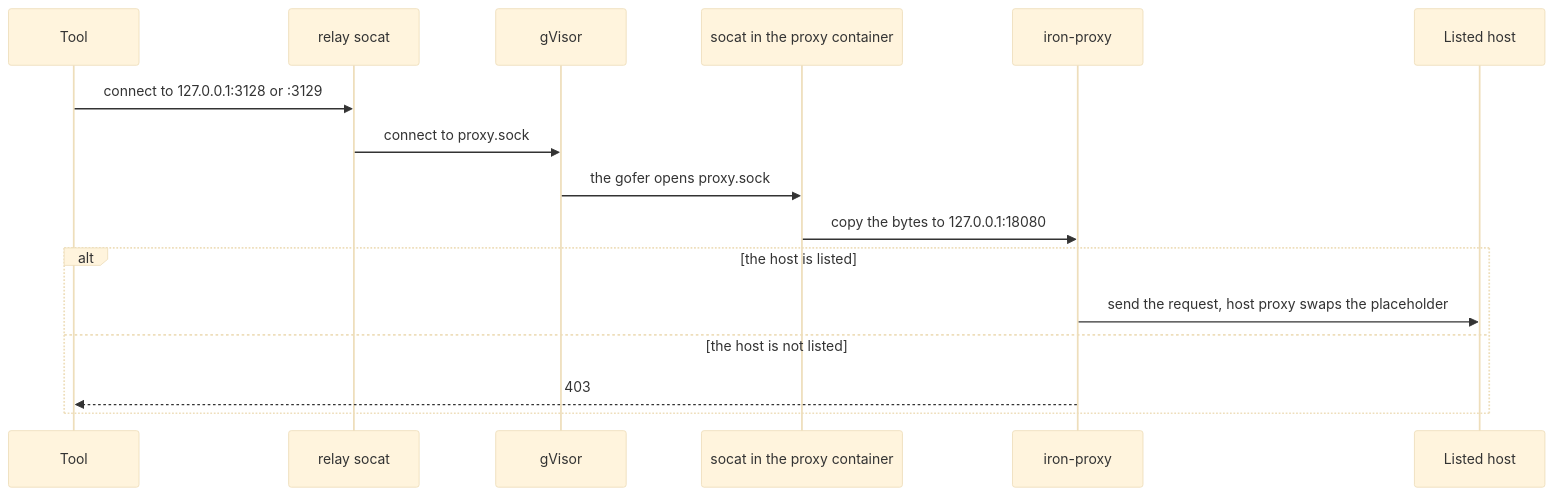
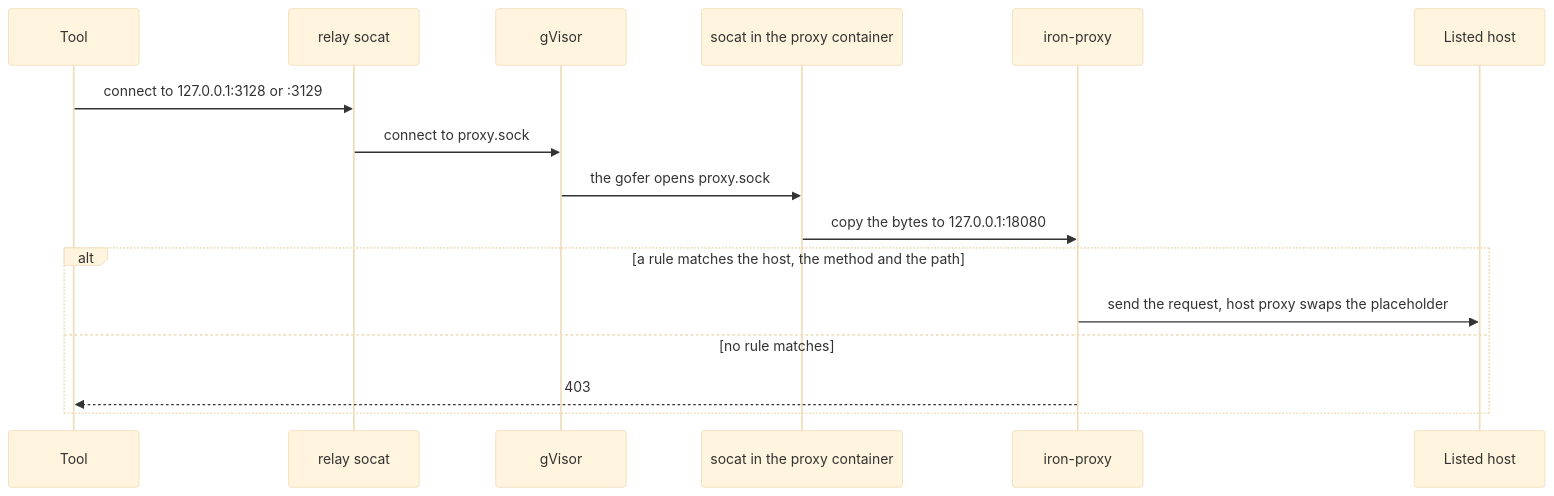
The fifth of 8 diagrams in .sandbox/docs/internals.md (raghav19/engineersdaybook), drawn with Mermaid (base theme) before and after one commit. The commit also changed other lines of this file and 11 other files, not shown here.

First line of the commit message:
docs: show the path rules in the diagrams, the README and the flows

````diff
--- a/.sandbox/docs/internals.md
+++ b/.sandbox/docs/internals.md
@@ -137,18 +137,18 @@
 ```mermaid
 sequenceDiagram
     participant Tool
     participant Relay as relay socat
     participant gVisor
     participant Socat as socat in the proxy container
     participant Proxy as iron-proxy
     participant Host as Listed host
     Tool->>Relay: connect to 127.0.0.1:3128 or :3129
     Relay->>gVisor: connect to proxy.sock
     gVisor->>Socat: the gofer opens proxy.sock
     Socat->>Proxy: copy the bytes to 127.0.0.1:18080
-    alt the host is listed
+    alt a rule matches the host, the method and the path
         Proxy->>Host: send the request, host proxy swaps the placeholder
-    else the host is not listed
+    else no rule matches
         Proxy-->>Tool: 403
     end
 ```
````
